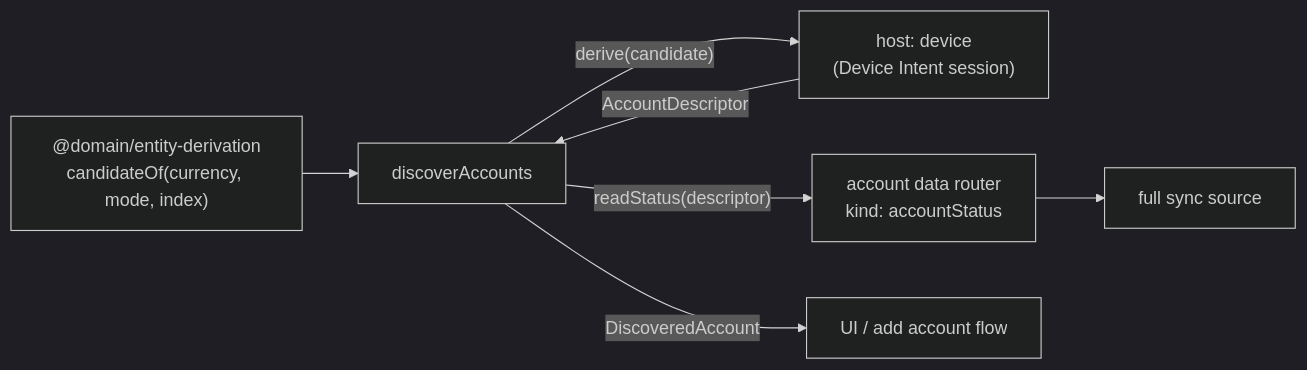
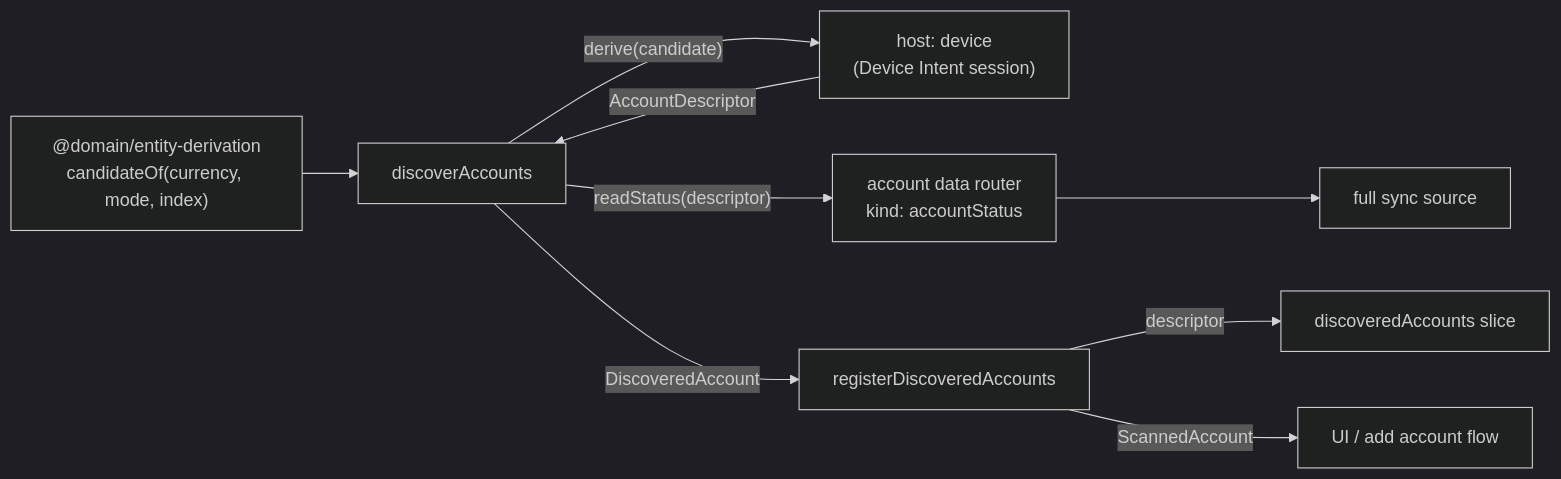
One commit to LedgerHQ/ledger-live changed the diagram in features/platform/account-discovery/README.md. Above: the diagram before and after it, drawn with Mermaid (dark theme). The commit also changed other lines of this file and 32 other files, not shown here.

First line of the commit message:
feat(account-data): read accounts found by discovery

````diff
--- a/features/platform/account-discovery/README.md
+++ b/features/platform/account-discovery/README.md
@@ -8,9 +12,11 @@
 ```mermaid
 flowchart LR
   D["@domain/entity-derivation<br/>candidateOf(currency, mode, index)"] --> S[discoverAccounts]
   S -- "derive(candidate)" --> H1["host: device<br/>(Device Intent session)"]
   H1 -- AccountDescriptor --> S
   S -- "readStatus(descriptor)" --> R["account data router<br/>kind: accountStatus"]
   R --> X1[full sync source]
-  S -- DiscoveredAccount --> U[UI / add account flow]
+  S -- DiscoveredAccount --> REG[registerDiscoveredAccounts]
+  REG -- descriptor --> DA["discoveredAccounts slice"]
+  REG -- ScannedAccount --> U[UI / add account flow]
 ```
````
